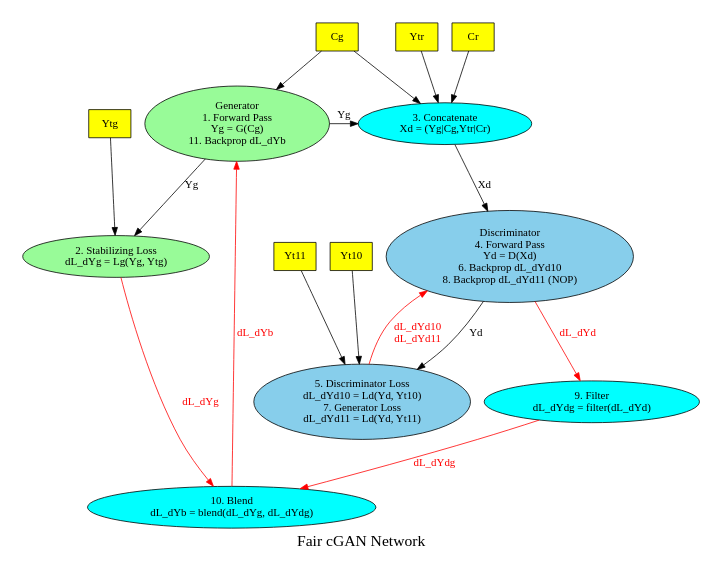
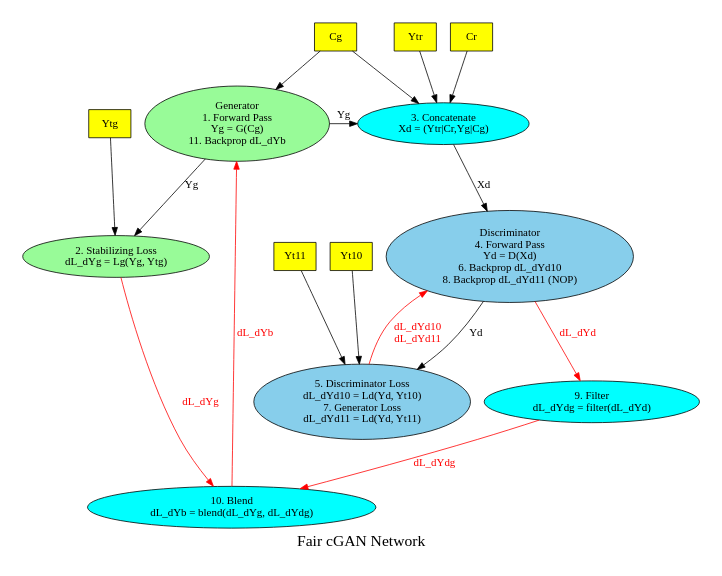
One commit to jeffboody/libnn changed the diagram in docs/fair_cgan.dot. Above: the diagram before and after it, drawn with Graphviz. The commit also changed 1 other file, not shown here.

Commit message:
fix Fair cGAN diagram

```diff
--- a/docs/fair_cgan.dot
+++ b/docs/fair_cgan.dot
@@ -1,42 +1,42 @@
 // sudo apt-get install graphviz
 // dot -Tpng fair_cgan.dot -o fair_cgan.png
 // xdot fair_cgan.dot
 digraph NN
 {
 	label="Fair cGAN Network";
 	fontsize=20;
 	size="4,3";
 	ratio=fill;
 
 	Cg      [fillcolor=yellow, style=filled, shape=box, label="Cg"];
 	Ytg     [fillcolor=yellow, style=filled, shape=box, label="Ytg"];
 	Ytr     [fillcolor=yellow, style=filled, shape=box, label="Ytr"];
 	Cr      [fillcolor=yellow, style=filled, shape=box, label="Cr"];
-	Xd      [fillcolor=cyan, style=filled, label="3. Concatenate\nXd = (Yg|Cg,Ytr|Cr)"];
+	Xd      [fillcolor=cyan, style=filled, label="3. Concatenate\nXd = (Ytr|Cr,Yg|Cg)"];
 	Yt10    [fillcolor=yellow, style=filled, shape=box, label="Yt10"];
 	Yt11    [fillcolor=yellow, style=filled, shape=box, label="Yt11"];
 	D       [fillcolor=skyblue, style=filled, label="Discriminator\n4. Forward Pass\nYd = D(Xd)\n6. Backprop dL_dYd10\n8. Backprop dL_dYd11 (NOP)"];
 	G       [fillcolor=palegreen, style=filled, label="Generator\n1. Forward Pass\nYg = G(Cg)\n11. Backprop dL_dYb"];
 	Lg      [fillcolor=palegreen, style=filled, label="2. Stabilizing Loss\ndL_dYg = Lg(Yg, Ytg)"];
 	Ld      [fillcolor=skyblue, style=filled, label="5. Discriminator Loss\ndL_dYd10 = Ld(Yd, Yt10)\n7. Generator Loss\ndL_dYd11 = Ld(Yd, Yt11)"];
 	dL_dYb  [fillcolor=cyan, style=filled, label="10. Blend\ndL_dYb = blend(dL_dYg, dL_dYdg)"];
 	dL_dYdg [fillcolor=cyan, style=filled, label="9. Filter\ndL_dYdg = filter(dL_dYd)"];
 
 	{ rank=same G -> Xd [label="Yg"]  };
 
 	Cg      -> G;
 	G       -> Lg [label="Yg"];
 	Cg      -> Xd;
 	Ytg     -> Lg;
 	Ytr     -> Xd;
 	Cr      -> Xd;
 	Xd      -> D  [label="Xd"];
 	Yt11    -> Ld;
 	Yt10    -> Ld;
 	D       -> Ld [label="Yd"];
 	Ld      -> D [fontcolor=red, color=red, label="dL_dYd10\ndL_dYd11"];
 	Lg      -> dL_dYb [fontcolor=red, color=red, label="dL_dYg"];
 	D       -> dL_dYdg [fontcolor=red, color=red, label="dL_dYd"];
 	dL_dYdg -> dL_dYb [fontcolor=red, color=red, label="dL_dYdg"];
 	dL_dYb  -> G [fontcolor=red, color=red, label="dL_dYb"];
 }
```
